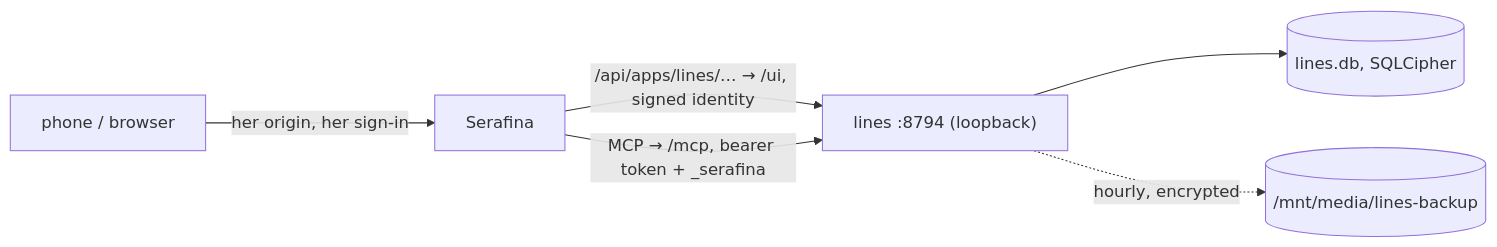
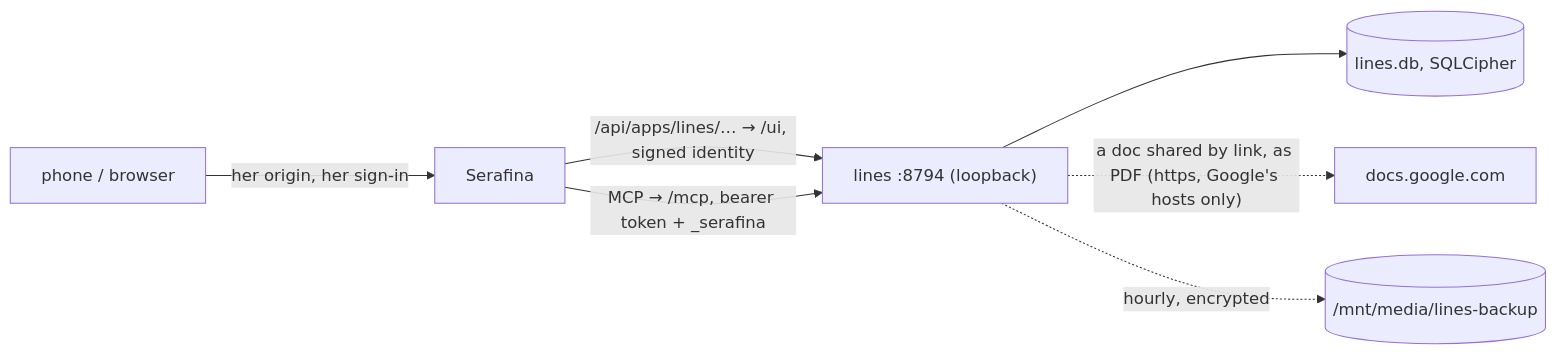
Before and after one commit to ringdk/lines: the diagram in README.md, drawn with Mermaid. The commit also changed other lines of this file and 20 other files, not shown here.

````diff
--- a/README.md
+++ b/README.md
@@ -6,8 +12,9 @@
 ```mermaid
 flowchart LR
   phone["phone / browser"] -->|her origin, her sign-in| serafina["Serafina"]
   serafina -->|"/api/apps/lines/… → /ui, signed identity"| app["lines :8794 (loopback)"]
   serafina -->|"MCP → /mcp, bearer token + _serafina"| app
   app --> db[("lines.db, SQLCipher")]
+  app -.->|"a doc shared by link, as PDF (https, Google's hosts only)"| google["docs.google.com"]
   app -.->|hourly, encrypted| backup[("/mnt/media/lines-backup")]
 ```
````
